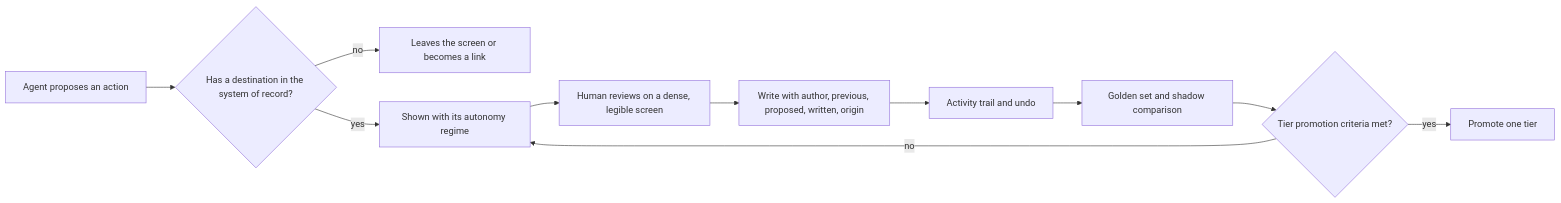
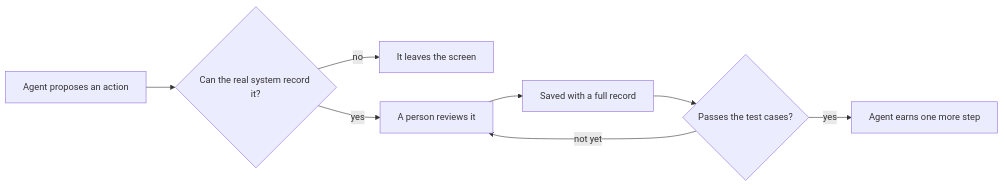
One commit to Benyoumen/agent-design-principles changed the first of 2 diagrams in docs/principles.md. Above: the diagram before and after it, drawn with Mermaid. The commit also changed other lines of this file and 2 other files, not shown here.

First line of the commit message:
Plain-word diagrams and poster labels

````diff
--- a/docs/principles.md
+++ b/docs/principles.md
@@ -12,13 +12,10 @@
 ```mermaid
 flowchart LR
-  A[Agent proposes an action] --> B{Has a destination in the system of record?}
-  B -- no --> C[Leaves the screen or becomes a link]
-  B -- yes --> D[Shown with its autonomy regime]
-  D --> E[Human reviews on a dense, legible screen]
-  E --> F[Write with author, previous, proposed, written, origin]
-  F --> G[Activity trail and undo]
-  G --> H[Golden set and shadow comparison]
-  H --> I{Tier promotion criteria met?}
-  I -- yes --> J[Promote one tier]
-  I -- no --> D
+  A["Agent proposes an action"] --> B{"Can the real system record it?"}
+  B -- "no" --> C["It leaves the screen"]
+  B -- "yes" --> D["A person reviews it"]
+  D --> E["Saved with a full record"]
+  E --> F{"Passes the test cases?"}
+  F -- "yes" --> G["Agent earns one more step"]
+  F -- "not yet" --> D
 ```
````
